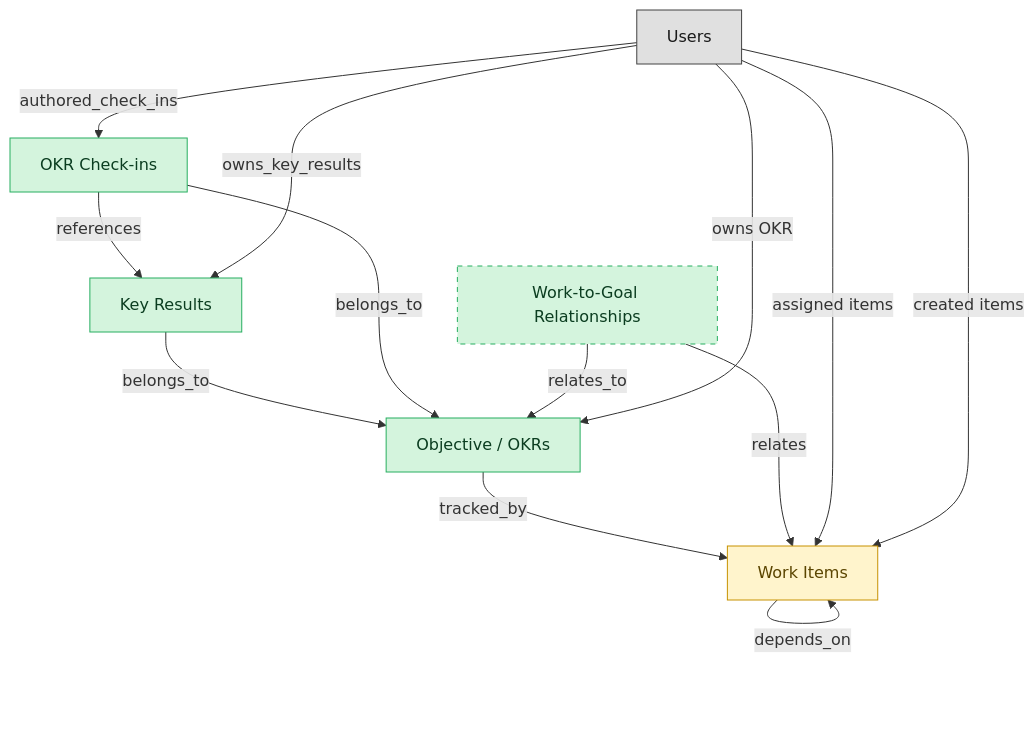
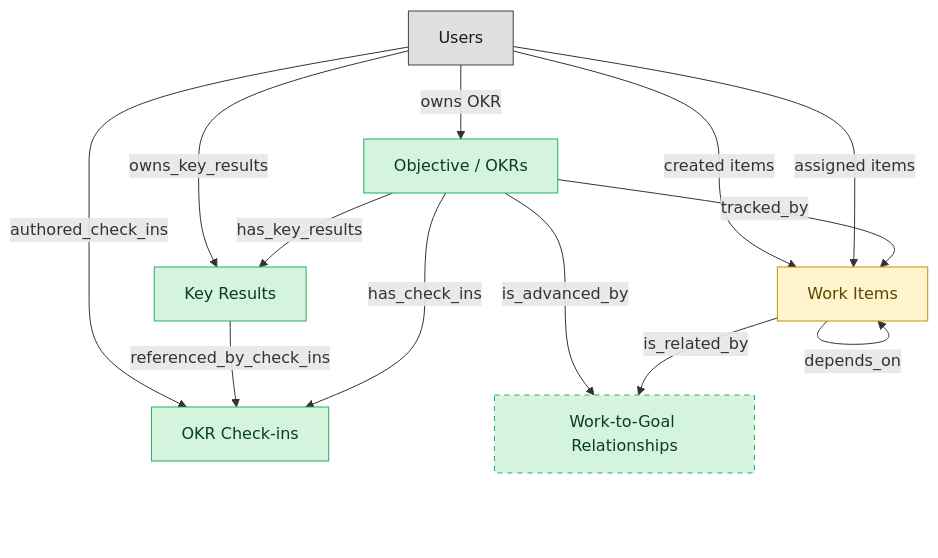
The diagram in catalog/blueprints/work-mgmt-goals-okr-semantic-blueprint.md (IntranetFactory/domain-map), drawn with Mermaid before and after one commit. The commit also changed other lines of this file and 122 other files, not shown here.

````diff
--- a/catalog/blueprints/work-mgmt-goals-okr-semantic-blueprint.md
+++ b/catalog/blueprints/work-mgmt-goals-okr-semantic-blueprint.md
@@ -37,31 +38,31 @@
 ```mermaid
 flowchart TD
   classDef master fill:#d4f4dd,stroke:#27ae60,color:#0b3d20;
   classDef embedded_master fill:#fff4cc,stroke:#c79100,color:#5b4500;
   classDef platform_builtin fill:#e0e0e0,stroke:#424242,color:#1a1a1a;
+  work_items["Work Items"]
   okr_objectives["Objective / OKRs"]
-  work_items["Work Items"]
   okr_key_results["Key Results"]
   okr_check_ins["OKR Check-ins"]
   work_goal_relationships["Work-to-Goal Relationships"]
   users["Users"]
-  okr_key_results -->|"belongs_to"| okr_objectives
-  okr_check_ins -->|"belongs_to"| okr_objectives
-  okr_check_ins -->|"references"| okr_key_results
   work_items -->|"depends_on"| work_items
   okr_objectives -->|"tracked_by"| work_items
-  work_goal_relationships -->|"relates"| work_items
-  work_goal_relationships -->|"relates_to"| okr_objectives
-  users -->|"owns_key_results"| okr_key_results
-  users -->|"authored_check_ins"| okr_check_ins
+  okr_objectives -->|"has_key_results"| okr_key_results
+  okr_objectives -->|"has_check_ins"| okr_check_ins
+  okr_key_results -->|"referenced_by_check_ins"| okr_check_ins
+  work_items -->|"is_related_by"| work_goal_relationships
+  okr_objectives -->|"is_advanced_by"| work_goal_relationships
   users -->|"assigned items"| work_items
   users -->|"created items"| work_items
   users -->|"owns OKR"| okr_objectives
+  users -->|"owns_key_results"| okr_key_results
+  users -->|"authored_check_ins"| okr_check_ins
+  class work_items embedded_master;
   class okr_objectives master;
-  class work_items embedded_master;
   class okr_key_results master;
   class okr_check_ins master;
   class work_goal_relationships master;
   class users platform_builtin;
   style work_goal_relationships stroke-dasharray:5 5;
 ```
````
